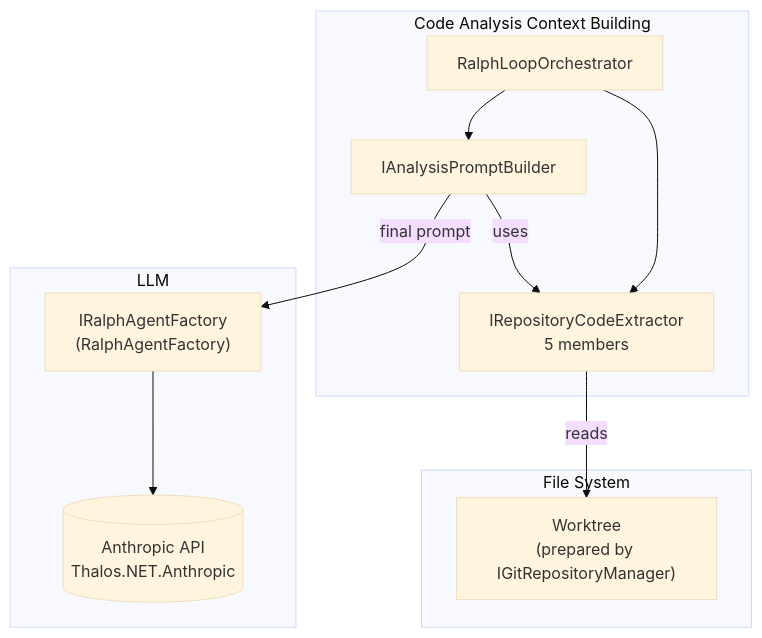
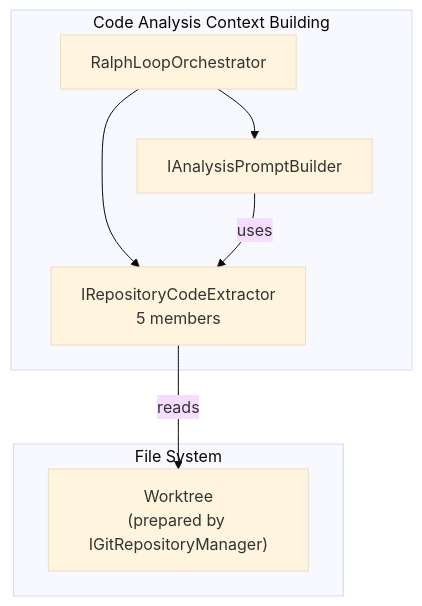
One commit to MarcelRoozekrans/Daedalus.NET changed the sixth of 23 diagrams in docs/architecture-diagrams.md. Above: the diagram before and after it, drawn with Mermaid (base theme). The commit also changed other lines of this file and 8 other files, not shown here.

````diff
--- a/docs/architecture-diagrams.md
+++ b/docs/architecture-diagrams.md
@@ -651,24 +584,17 @@
 ```mermaid
 graph TB
     subgraph Ctx["Code Analysis Context Building"]
         RC["IRepositoryCodeExtractor<br/>5 members"]
         PB["IAnalysisPromptBuilder"]
         RLO["RalphLoopOrchestrator"]
     end
 
     subgraph FileSystem["File System"]
         WT["Worktree<br/>(prepared by IGitRepositoryManager)"]
     end
 
-    subgraph Llm["LLM"]
-        Factory["IRalphAgentFactory<br/>(RalphAgentFactory)"]
-        Claude[("Anthropic API<br/>Thalos.NET.Anthropic")]
-    end
-
     RLO --> RC
     RLO --> PB
     RC -->|reads| WT
     PB -->|uses| RC
-    PB -->|final prompt| Factory
-    Factory --> Claude
 ```
````
